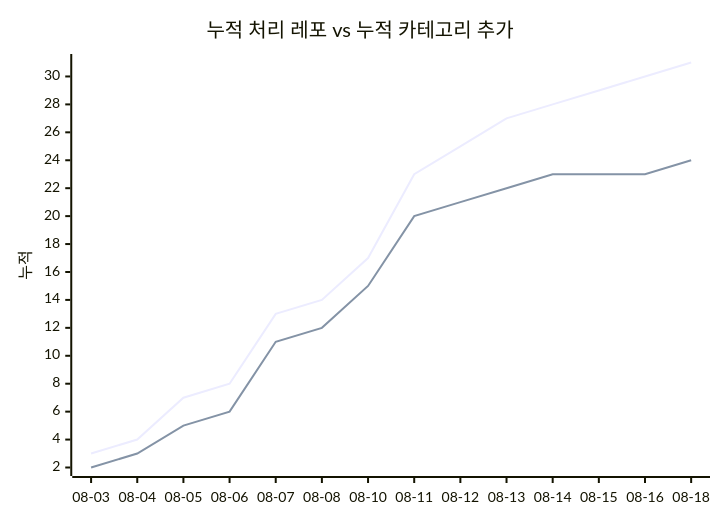
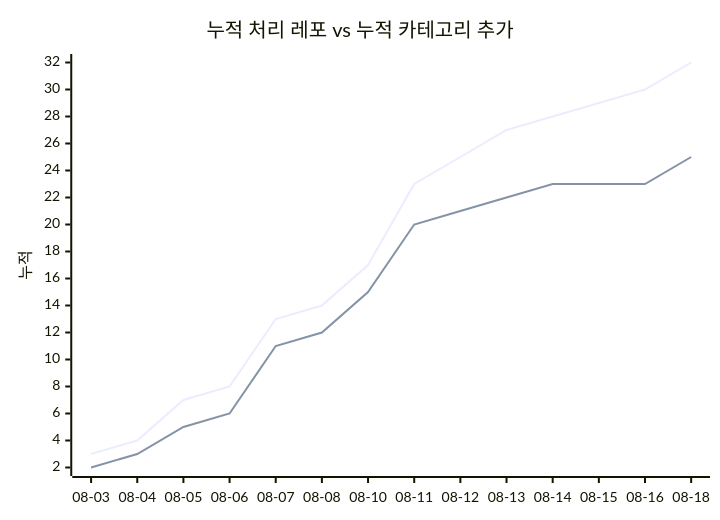
One commit to J-nowcow/awesome-korean-agent-skills changed the second of 2 diagrams in docs/trends.md. Above: the diagram before and after it, drawn with Mermaid. The commit also changed other lines of this file and 4 other files, not shown here.

````diff
--- a/docs/trends.md
+++ b/docs/trends.md
@@ -68,8 +68,8 @@
 ```mermaid
 xychart-beta
     title "누적 처리 레포 vs 누적 카테고리 추가"
     x-axis ["08-03","08-04","08-05","08-06","08-07","08-08","08-10","08-11","08-12","08-13","08-14","08-15","08-16","08-18"]
     y-axis "누적"
-    line [3,4,7,8,13,14,17,23,25,27,28,29,30,31]
-    line [2,3,5,6,11,12,15,20,21,22,23,23,23,24]
+    line [3,4,7,8,13,14,17,23,25,27,28,29,30,32]
+    line [2,3,5,6,11,12,15,20,21,22,23,23,23,25]
 ```
````
